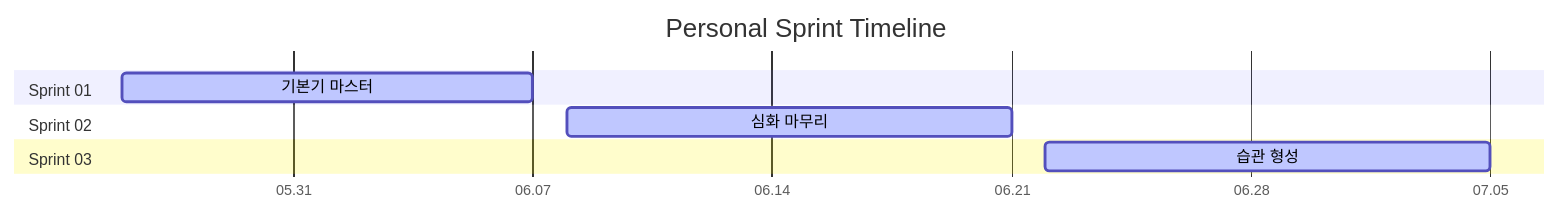
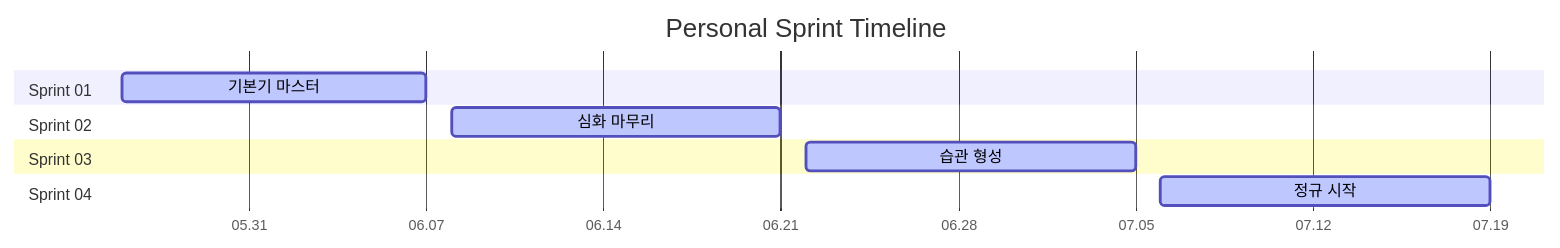
One commit to Vryez11/personal-sprint changed the diagram in README.md. Above: the diagram before and after it, drawn with Mermaid. The commit also changed other lines of this file and 2 other files, not shown here.

Commit message:
docs: sprint-04 구조 생성

````diff
--- a/README.md
+++ b/README.md
@@ -17,12 +17,14 @@
 ```mermaid
 gantt
     title Personal Sprint Timeline
     dateFormat YYYY-MM-DD
     axisFormat %m.%d
     section Sprint 01
     기본기 마스터 :active, s1, 2026-05-26, 2026-06-07
     section Sprint 02
     심화 마무리 :active, s2, 2026-06-08, 2026-06-21
     section Sprint 03
     습관 형성 :active, s3, 2026-06-22, 2026-07-05
+    section Sprint 04
+    정규 시작 :active, s4, 2026-07-06, 2026-07-19
 ```
````
